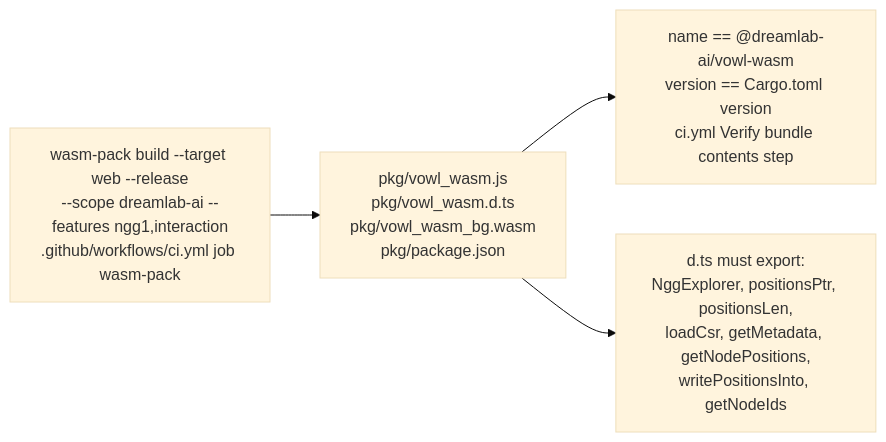
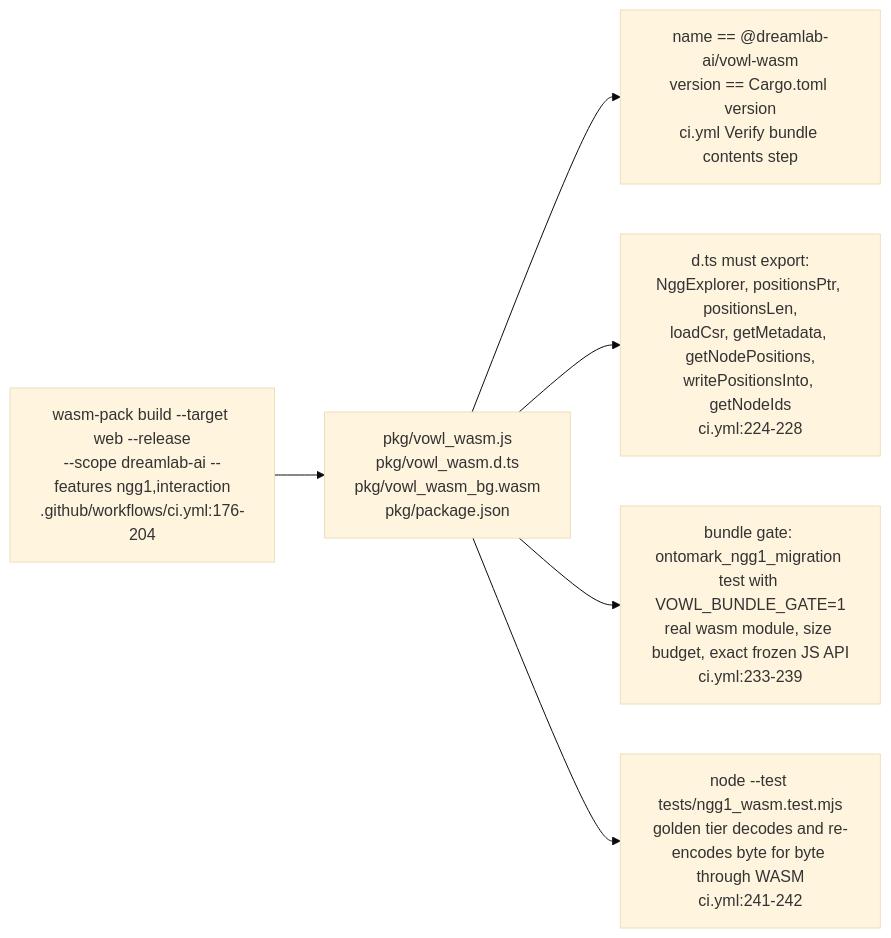
One commit to DreamLab-AI/VisionFlow changed the fourth of 7 diagrams in docs/diagrams/vowl-wasm/04-js-api-examples-and-consumers.md. Above: the diagram before and after it, drawn with Mermaid (base theme). The commit also changed other lines of this file and 160 other files, not shown here.

````diff
--- a/docs/diagrams/vowl-wasm/04-js-api-examples-and-consumers.md
+++ b/docs/diagrams/vowl-wasm/04-js-api-examples-and-consumers.md
@@ -81,6 +87,8 @@
 ```mermaid
 flowchart LR
-    BUILD["wasm-pack build --target web --release<br/>--scope dreamlab-ai --features ngg1,interaction<br/>.github/workflows/ci.yml job wasm-pack"] --> FILES["pkg/vowl_wasm.js<br/>pkg/vowl_wasm.d.ts<br/>pkg/vowl_wasm_bg.wasm<br/>pkg/package.json"]
+    BUILD["wasm-pack build --target web --release<br/>--scope dreamlab-ai --features ngg1,interaction<br/>.github/workflows/ci.yml:176-204"] --> FILES["pkg/vowl_wasm.js<br/>pkg/vowl_wasm.d.ts<br/>pkg/vowl_wasm_bg.wasm<br/>pkg/package.json"]
     FILES --> CHECK1["name == @dreamlab-ai/vowl-wasm<br/>version == Cargo.toml version<br/>ci.yml Verify bundle contents step"]
-    FILES --> CHECK2["d.ts must export:<br/>NggExplorer, positionsPtr, positionsLen,<br/>loadCsr, getMetadata, getNodePositions,<br/>writePositionsInto, getNodeIds"]
+    FILES --> CHECK2["d.ts must export:<br/>NggExplorer, positionsPtr, positionsLen,<br/>loadCsr, getMetadata, getNodePositions,<br/>writePositionsInto, getNodeIds<br/>ci.yml:224-228"]
+    FILES --> CHECK3["bundle gate: ontomark_ngg1_migration test with VOWL_BUNDLE_GATE=1<br/>real wasm module, size budget, exact frozen JS API<br/>ci.yml:233-239"]
+    FILES --> CHECK4["node --test tests/ngg1_wasm.test.mjs<br/>golden tier decodes and re-encodes byte for byte through WASM<br/>ci.yml:241-242"]
 ```
````
